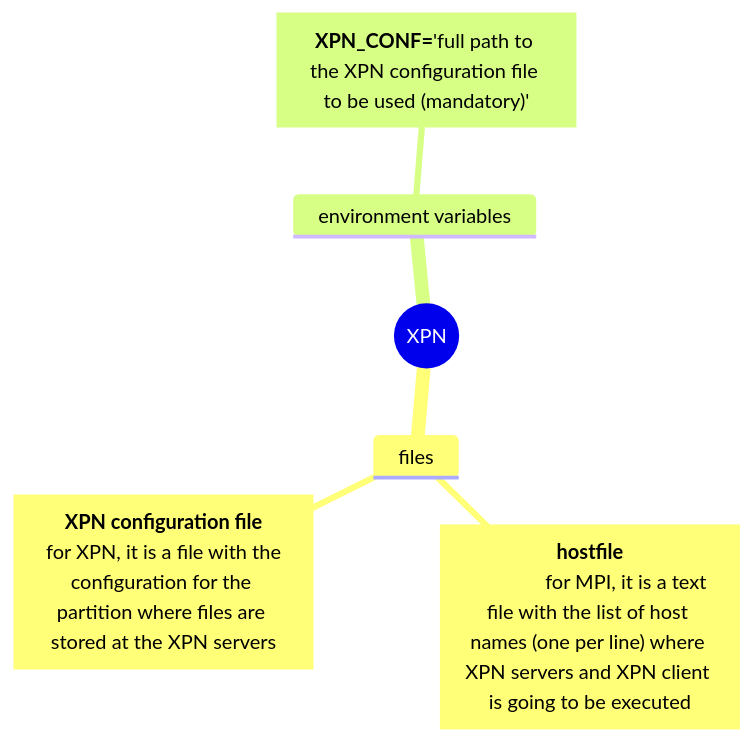
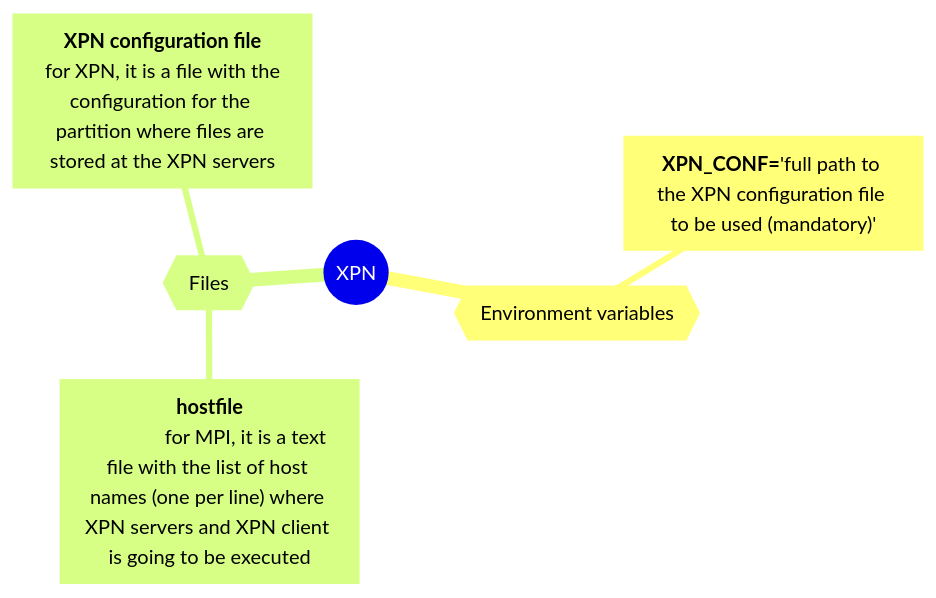
The second of 4 diagrams in README.md (xpn-arcos/xpn), drawn with Mermaid before and after one commit. The commit also changed other lines of this file, not shown here.

````diff
--- a/README.md
+++ b/README.md
@@ -115,9 +115,10 @@
   ```mermaid
   mindmap
   root((XPN))
-    files
+    {{Environment variables}}
+        ["`**XPN_CONF=**'full path to the XPN configuration file to be used (mandatory)'`"]
+    {{Files}}
+        ::: color #080085
         ["`**hostfile**</br>               for MPI, it is a text file with the list of host names (one per line) where XPN servers and XPN client is going to be executed`"]
         ["`**XPN configuration file**</br> for XPN, it is a file with the configuration for the partition where files are stored at the XPN servers`"]
-    environment variables
-        ["`**XPN_CONF=**'full path to the XPN configuration file to be used (mandatory)'`"]
 ```
````
